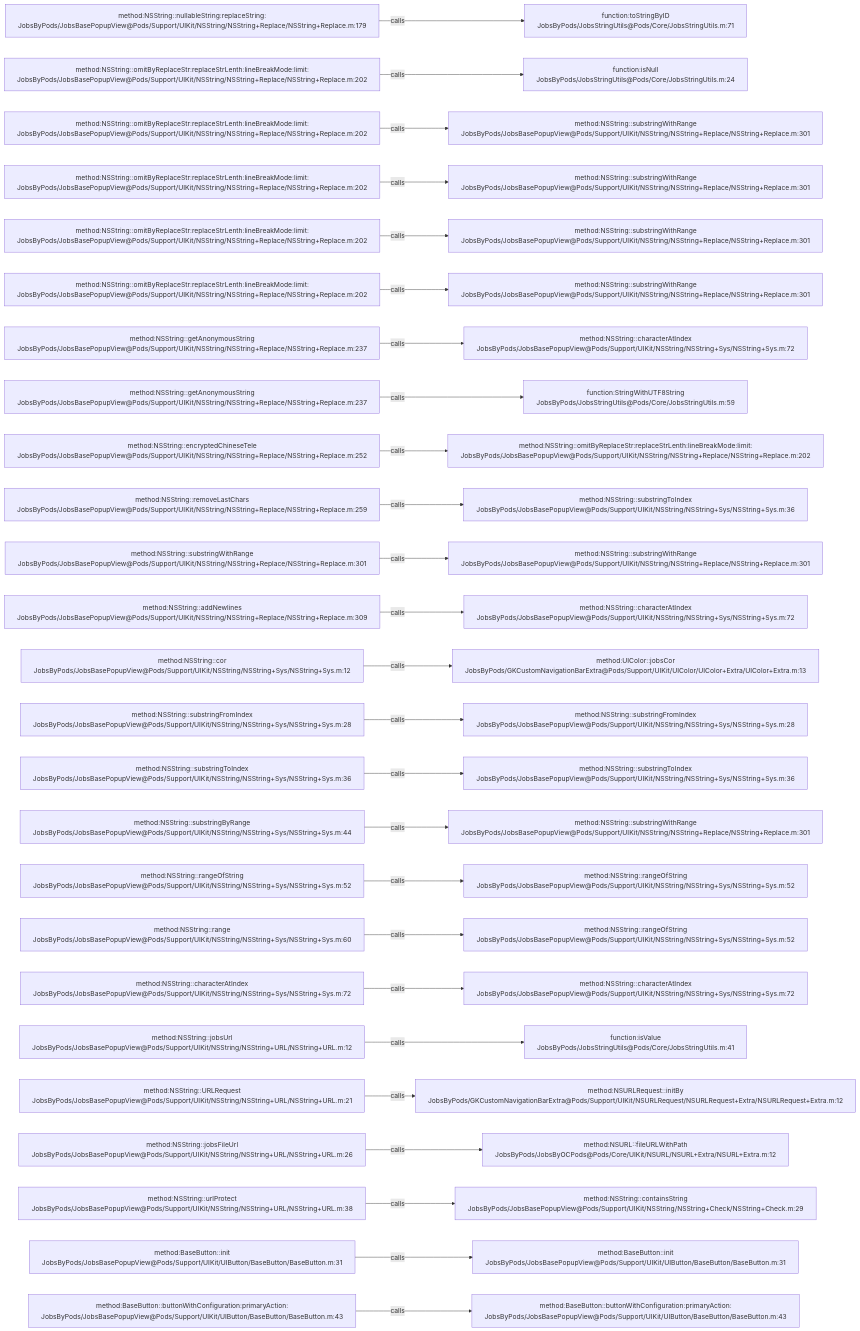
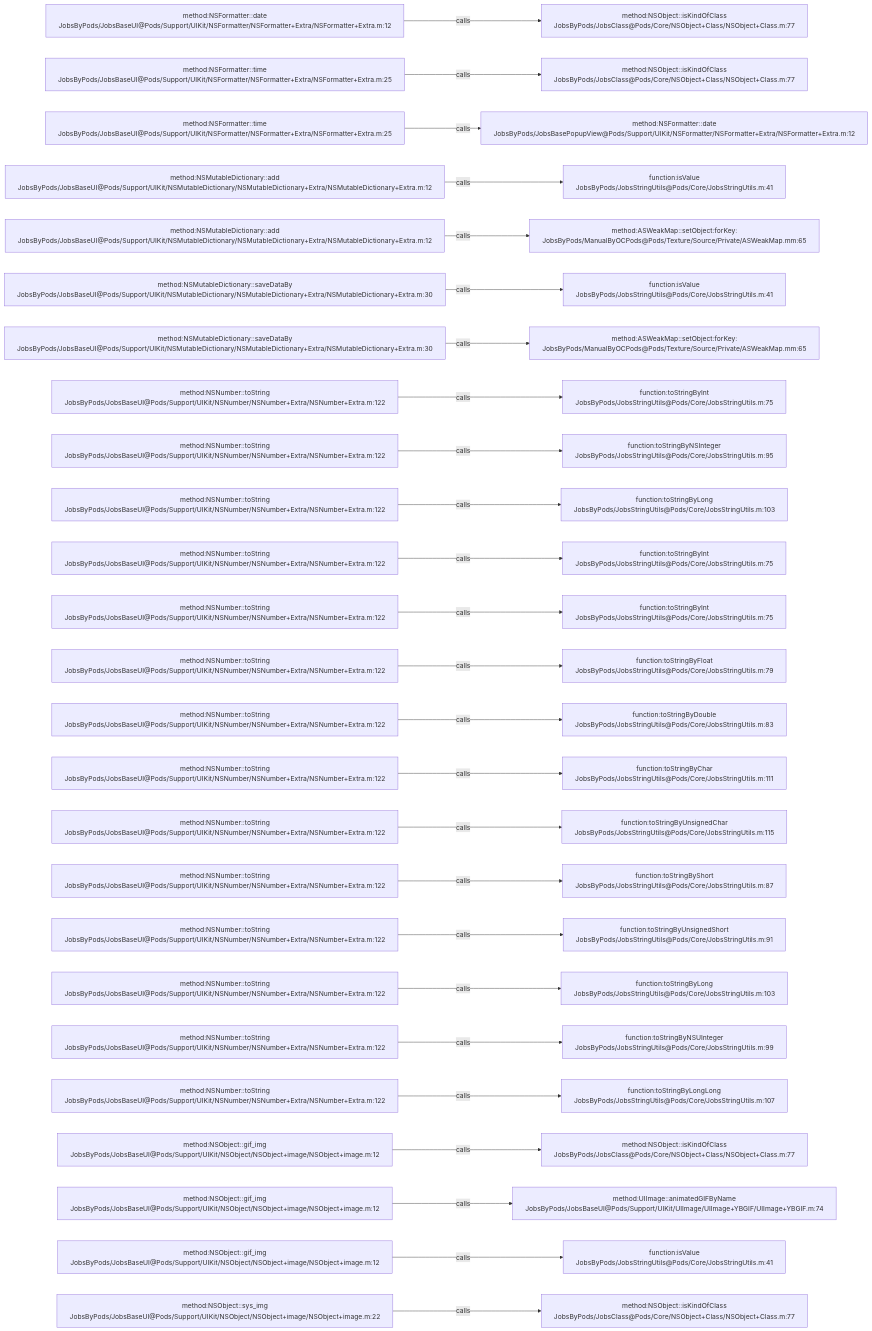
The diagram in .codegraph/codegraph.md/graphs/calls-021.md (JobsKits/JobsOCBaseConfigDemo), drawn with Mermaid before and after one commit. The commit also changed 573 other files, not shown here.

````diff
--- a/.codegraph/codegraph.md/graphs/calls-021.md
+++ b/.codegraph/codegraph.md/graphs/calls-021.md
@@ -13,78 +13,78 @@
 ```mermaid
 flowchart LR
-  S1["method:NSString::nullableString:replaceString:<br/>JobsByPods/JobsBasePopupView@Pods/Support/UIKit/NSString/NSString+Replace/NSString+Replace.m:179"]
-  T1["function:toStringByID<br/>JobsByPods/JobsStringUtils@Pods/Core/JobsStringUtils.m:71"]
+  S1["method:NSFormatter::date<br/>JobsByPods/JobsBaseUI@Pods/Support/UIKit/NSFormatter/NSFormatter+Extra/NSFormatter+Extra.m:12"]
+  T1["method:NSObject::isKindOfClass<br/>JobsByPods/JobsClass@Pods/Core/NSObject+Class/NSObject+Class.m:77"]
   S1 -->|calls| T1
-  S2["method:NSString::omitByReplaceStr:replaceStrLenth:lineBreakMode:limit:<br/>JobsByPods/JobsBasePopupView@Pods/Support/UIKit/NSString/NSString+Replace/NSString+Replace.m:202"]
-  T2["function:isNull<br/>JobsByPods/JobsStringUtils@Pods/Core/JobsStringUtils.m:24"]
+  S2["method:NSFormatter::time<br/>JobsByPods/JobsBaseUI@Pods/Support/UIKit/NSFormatter/NSFormatter+Extra/NSFormatter+Extra.m:25"]
+  T2["method:NSObject::isKindOfClass<br/>JobsByPods/JobsClass@Pods/Core/NSObject+Class/NSObject+Class.m:77"]
   S2 -->|calls| T2
-  S3["method:NSString::omitByReplaceStr:replaceStrLenth:lineBreakMode:limit:<br/>JobsByPods/JobsBasePopupView@Pods/Support/UIKit/NSString/NSString+Replace/NSString+Replace.m:202"]
-  T3["method:NSString::substringWithRange<br/>JobsByPods/JobsBasePopupView@Pods/Support/UIKit/NSString/NSString+Replace/NSString+Replace.m:301"]
+  S3["method:NSFormatter::time<br/>JobsByPods/JobsBaseUI@Pods/Support/UIKit/NSFormatter/NSFormatter+Extra/NSFormatter+Extra.m:25"]
+  T3["method:NSFormatter::date<br/>JobsByPods/JobsBasePopupView@Pods/Support/UIKit/NSFormatter/NSFormatter+Extra/NSFormatter+Extra.m:12"]
   S3 -->|calls| T3
-  S4["method:NSString::omitByReplaceStr:replaceStrLenth:lineBreakMode:limit:<br/>JobsByPods/JobsBasePopupView@Pods/Support/UIKit/NSString/NSString+Replace/NSString+Replace.m:202"]
-  T4["method:NSString::substringWithRange<br/>JobsByPods/JobsBasePopupView@Pods/Support/UIKit/NSString/NSString+Replace/NSString+Replace.m:301"]
+  S4["method:NSMutableDictionary::add<br/>JobsByPods/JobsBaseUI@Pods/Support/UIKit/NSMutableDictionary/NSMutableDictionary+Extra/NSMutableDictionary+Extra.m:12"]
+  T4["function:isValue<br/>JobsByPods/JobsStringUtils@Pods/Core/JobsStringUtils.m:41"]
   S4 -->|calls| T4
-  S5["method:NSString::omitByReplaceStr:replaceStrLenth:lineBreakMode:limit:<br/>JobsByPods/JobsBasePopupView@Pods/Support/UIKit/NSString/NSString+Replace/NSString+Replace.m:202"]
-  T5["method:NSString::substringWithRange<br/>JobsByPods/JobsBasePopupView@Pods/Support/UIKit/NSString/NSString+Replace/NSString+Replace.m:301"]
+  S5["method:NSMutableDictionary::add<br/>JobsByPods/JobsBaseUI@Pods/Support/UIKit/NSMutableDictionary/NSMutableDictionary+Extra/NSMutableDictionary+Extra.m:12"]
+  T5["method:ASWeakMap::setObject:forKey:<br/>JobsByPods/ManualByOCPods@Pods/Texture/Source/Private/ASWeakMap.mm:65"]
   S5 -->|calls| T5
-  S6["method:NSString::omitByReplaceStr:replaceStrLenth:lineBreakMode:limit:<br/>JobsByPods/JobsBasePopupView@Pods/Support/UIKit/NSString/NSString+Replace/NSString+Replace.m:202"]
-  T6["method:NSString::substringWithRange<br/>JobsByPods/JobsBasePopupView@Pods/Support/UIKit/NSString/NSString+Replace/NSString+Replace.m:301"]
+  S6["method:NSMutableDictionary::saveDataBy<br/>JobsByPods/JobsBaseUI@Pods/Support/UIKit/NSMutableDictionary/NSMutableDictionary+Extra/NSMutableDictionary+Extra.m:30"]
+  T6["function:isValue<br/>JobsByPods/JobsStringUtils@Pods/Core/JobsStringUtils.m:41"]
   S6 -->|calls| T6
-  S7["method:NSString::getAnonymousString<br/>JobsByPods/JobsBasePopupView@Pods/Support/UIKit/NSString/NSString+Replace/NSString+Replace.m:237"]
-  T7["method:NSString::characterAtIndex<br/>JobsByPods/JobsBasePopupView@Pods/Support/UIKit/NSString/NSString+Sys/NSString+Sys.m:72"]
+  S7["method:NSMutableDictionary::saveDataBy<br/>JobsByPods/JobsBaseUI@Pods/Support/UIKit/NSMutableDictionary/NSMutableDictionary+Extra/NSMutableDictionary+Extra.m:30"]
+  T7["method:ASWeakMap::setObject:forKey:<br/>JobsByPods/ManualByOCPods@Pods/Texture/Source/Private/ASWeakMap.mm:65"]
   S7 -->|calls| T7
-  S8["method:NSString::getAnonymousString<br/>JobsByPods/JobsBasePopupView@Pods/Support/UIKit/NSString/NSString+Replace/NSString+Replace.m:237"]
-  T8["function:StringWithUTF8String<br/>JobsByPods/JobsStringUtils@Pods/Core/JobsStringUtils.m:59"]
+  S8["method:NSNumber::toString<br/>JobsByPods/JobsBaseUI@Pods/Support/UIKit/NSNumber/NSNumber+Extra/NSNumber+Extra.m:122"]
+  T8["function:toStringByInt<br/>JobsByPods/JobsStringUtils@Pods/Core/JobsStringUtils.m:75"]
   S8 -->|calls| T8
-  S9["method:NSString::encryptedChineseTele<br/>JobsByPods/JobsBasePopupView@Pods/Support/UIKit/NSString/NSString+Replace/NSString+Replace.m:252"]
-  T9["method:NSString::omitByReplaceStr:replaceStrLenth:lineBreakMode:limit:<br/>JobsByPods/JobsBasePopupView@Pods/Support/UIKit/NSString/NSString+Replace/NSString+Replace.m:202"]
+  S9["method:NSNumber::toString<br/>JobsByPods/JobsBaseUI@Pods/Support/UIKit/NSNumber/NSNumber+Extra/NSNumber+Extra.m:122"]
+  T9["function:toStringByNSInteger<br/>JobsByPods/JobsStringUtils@Pods/Core/JobsStringUtils.m:95"]
   S9 -->|calls| T9
-  S10["method:NSString::removeLastChars<br/>JobsByPods/JobsBasePopupView@Pods/Support/UIKit/NSString/NSString+Replace/NSString+Replace.m:259"]
-  T10["method:NSString::substringToIndex<br/>JobsByPods/JobsBasePopupView@Pods/Support/UIKit/NSString/NSString+Sys/NSString+Sys.m:36"]
+  S10["method:NSNumber::toString<br/>JobsByPods/JobsBaseUI@Pods/Support/UIKit/NSNumber/NSNumber+Extra/NSNumber+Extra.m:122"]
+  T10["function:toStringByLong<br/>JobsByPods/JobsStringUtils@Pods/Core/JobsStringUtils.m:103"]
   S10 -->|calls| T10
-  S11["method:NSString::substringWithRange<br/>JobsByPods/JobsBasePopupView@Pods/Support/UIKit/NSString/NSString+Replace/NSString+Replace.m:301"]
-  T11["method:NSString::substringWithRange<br/>JobsByPods/JobsBasePopupView@Pods/Support/UIKit/NSString/NSString+Replace/NSString+Replace.m:301"]
+  S11["method:NSNumber::toString<br/>JobsByPods/JobsBaseUI@Pods/Support/UIKit/NSNumber/NSNumber+Extra/NSNumber+Extra.m:122"]
+  T11["function:toStringByInt<br/>JobsByPods/JobsStringUtils@Pods/Core/JobsStringUtils.m:75"]
   S11 -->|calls| T11
-  S12["method:NSString::addNewlines<br/>JobsByPods/JobsBasePopupView@Pods/Support/UIKit/NSString/NSString+Replace/NSString+Replace.m:309"]
-  T12["method:NSString::characterAtIndex<br/>JobsByPods/JobsBasePopupView@Pods/Support/UIKit/NSString/NSString+Sys/NSString+Sys.m:72"]
+  S12["method:NSNumber::toString<br/>JobsByPods/JobsBaseUI@Pods/Support/UIKit/NSNumber/NSNumber+Extra/NSNumber+Extra.m:122"]
+  T12["function:toStringByInt<br/>JobsByPods/JobsStringUtils@Pods/Core/JobsStringUtils.m:75"]
   S12 -->|calls| T12
-  S13["method:NSString::cor<br/>JobsByPods/JobsBasePopupView@Pods/Support/UIKit/NSString/NSString+Sys/NSString+Sys.m:12"]
-  T13["method:UIColor::jobsCor<br/>JobsByPods/GKCustomNavigationBarExtra@Pods/Support/UIKit/UIColor/UIColor+Extra/UIColor+Extra.m:13"]
+  S13["method:NSNumber::toString<br/>JobsByPods/JobsBaseUI@Pods/Support/UIKit/NSNumber/NSNumber+Extra/NSNumber+Extra.m:122"]
+  T13["function:toStringByFloat<br/>JobsByPods/JobsStringUtils@Pods/Core/JobsStringUtils.m:79"]
   S13 -->|calls| T13
-  S14["method:NSString::substringFromIndex<br/>JobsByPods/JobsBasePopupView@Pods/Support/UIKit/NSString/NSString+Sys/NSString+Sys.m:28"]
-  T14["method:NSString::substringFromIndex<br/>JobsByPods/JobsBasePopupView@Pods/Support/UIKit/NSString/NSString+Sys/NSString+Sys.m:28"]
+  S14["method:NSNumber::toString<br/>JobsByPods/JobsBaseUI@Pods/Support/UIKit/NSNumber/NSNumber+Extra/NSNumber+Extra.m:122"]
+  T14["function:toStringByDouble<br/>JobsByPods/JobsStringUtils@Pods/Core/JobsStringUtils.m:83"]
   S14 -->|calls| T14
-  S15["method:NSString::substringToIndex<br/>JobsByPods/JobsBasePopupView@Pods/Support/UIKit/NSString/NSString+Sys/NSString+Sys.m:36"]
-  T15["method:NSString::substringToIndex<br/>JobsByPods/JobsBasePopupView@Pods/Support/UIKit/NSString/NSString+Sys/NSString+Sys.m:36"]
+  S15["method:NSNumber::toString<br/>JobsByPods/JobsBaseUI@Pods/Support/UIKit/NSNumber/NSNumber+Extra/NSNumber+Extra.m:122"]
+  T15["function:toStringByChar<br/>JobsByPods/JobsStringUtils@Pods/Core/JobsStringUtils.m:111"]
   S15 -->|calls| T15
-  S16["method:NSString::substringByRange<br/>JobsByPods/JobsBasePopupView@Pods/Support/UIKit/NSString/NSString+Sys/NSString+Sys.m:44"]
-  T16["method:NSString::substringWithRange<br/>JobsByPods/JobsBasePopupView@Pods/Support/UIKit/NSString/NSString+Replace/NSString+Replace.m:301"]
+  S16["method:NSNumber::toString<br/>JobsByPods/JobsBaseUI@Pods/Support/UIKit/NSNumber/NSNumber+Extra/NSNumber+Extra.m:122"]
+  T16["function:toStringByUnsignedChar<br/>JobsByPods/JobsStringUtils@Pods/Core/JobsStringUtils.m:115"]
   S16 -->|calls| T16
-  S17["method:NSString::rangeOfString<br/>JobsByPods/JobsBasePopupView@Pods/Support/UIKit/NSString/NSString+Sys/NSString+Sys.m:52"]
-  T17["method:NSString::rangeOfString<br/>JobsByPods/JobsBasePopupView@Pods/Support/UIKit/NSString/NSString+Sys/NSString+Sys.m:52"]
+  S17["method:NSNumber::toString<br/>JobsByPods/JobsBaseUI@Pods/Support/UIKit/NSNumber/NSNumber+Extra/NSNumber+Extra.m:122"]
+  T17["function:toStringByShort<br/>JobsByPods/JobsStringUtils@Pods/Core/JobsStringUtils.m:87"]
   S17 -->|calls| T17
-  S18["method:NSString::range<br/>JobsByPods/JobsBasePopupView@Pods/Support/UIKit/NSString/NSString+Sys/NSString+Sys.m:60"]
-  T18["method:NSString::rangeOfString<br/>JobsByPods/JobsBasePopupView@Pods/Support/UIKit/NSString/NSString+Sys/NSString+Sys.m:52"]
+  S18["method:NSNumber::toString<br/>JobsByPods/JobsBaseUI@Pods/Support/UIKit/NSNumber/NSNumber+Extra/NSNumber+Extra.m:122"]
+  T18["function:toStringByUnsignedShort<br/>JobsByPods/JobsStringUtils@Pods/Core/JobsStringUtils.m:91"]
   S18 -->|calls| T18
-  S19["method:NSString::characterAtIndex<br/>JobsByPods/JobsBasePopupView@Pods/Support/UIKit/NSString/NSString+Sys/NSString+Sys.m:72"]
-  T19["method:NSString::characterAtIndex<br/>JobsByPods/JobsBasePopupView@Pods/Support/UIKit/NSString/NSString+Sys/NSString+Sys.m:72"]
+  S19["method:NSNumber::toString<br/>JobsByPods/JobsBaseUI@Pods/Support/UIKit/NSNumber/NSNumber+Extra/NSNumber+Extra.m:122"]
+  T19["function:toStringByLong<br/>JobsByPods/JobsStringUtils@Pods/Core/JobsStringUtils.m:103"]
   S19 -->|calls| T19
-  S20["method:NSString::jobsUrl<br/>JobsByPods/JobsBasePopupView@Pods/Support/UIKit/NSString/NSString+URL/NSString+URL.m:12"]
-  T20["function:isValue<br/>JobsByPods/JobsStringUtils@Pods/Core/JobsStringUtils.m:41"]
+  S20["method:NSNumber::toString<br/>JobsByPods/JobsBaseUI@Pods/Support/UIKit/NSNumber/NSNumber+Extra/NSNumber+Extra.m:122"]
+  T20["function:toStringByNSUInteger<br/>JobsByPods/JobsStringUtils@Pods/Core/JobsStringUtils.m:99"]
   S20 -->|calls| T20
-  S21["method:NSString::URLRequest<br/>JobsByPods/JobsBasePopupView@Pods/Support/UIKit/NSString/NSString+URL/NSString+URL.m:21"]
-  T21["method:NSURLRequest::initBy<br/>JobsByPods/GKCustomNavigationBarExtra@Pods/Support/UIKit/NSURLRequest/NSURLRequest+Extra/NSURLRequest+Extra.m:12"]
+  S21["method:NSNumber::toString<br/>JobsByPods/JobsBaseUI@Pods/Support/UIKit/NSNumber/NSNumber+Extra/NSNumber+Extra.m:122"]
+  T21["function:toStringByLongLong<br/>JobsByPods/JobsStringUtils@Pods/Core/JobsStringUtils.m:107"]
   S21 -->|calls| T21
-  S22["method:NSString::jobsFileUrl<br/>JobsByPods/JobsBasePopupView@Pods/Support/UIKit/NSString/NSString+URL/NSString+URL.m:26"]
-  T22["method:NSURL::fileURLWithPath<br/>JobsByPods/JobsByOCPods@Pods/Core/UIKit/NSURL/NSURL+Extra/NSURL+Extra.m:12"]
+  S22["method:NSObject::gif_img<br/>JobsByPods/JobsBaseUI@Pods/Support/UIKit/NSObject/NSObject+image/NSObject+image.m:12"]
+  T22["method:NSObject::isKindOfClass<br/>JobsByPods/JobsClass@Pods/Core/NSObject+Class/NSObject+Class.m:77"]
   S22 -->|calls| T22
-  S23["method:NSString::urlProtect<br/>JobsByPods/JobsBasePopupView@Pods/Support/UIKit/NSString/NSString+URL/NSString+URL.m:38"]
-  T23["method:NSString::containsString<br/>JobsByPods/JobsBasePopupView@Pods/Support/UIKit/NSString/NSString+Check/NSString+Check.m:29"]
+  S23["method:NSObject::gif_img<br/>JobsByPods/JobsBaseUI@Pods/Support/UIKit/NSObject/NSObject+image/NSObject+image.m:12"]
+  T23["method:UIImage::animatedGIFByName<br/>JobsByPods/JobsBaseUI@Pods/Support/UIKit/UIImage/UIImage+YBGIF/UIImage+YBGIF.m:74"]
   S23 -->|calls| T23
-  S24["method:BaseButton::init<br/>JobsByPods/JobsBasePopupView@Pods/Support/UIKit/UIButton/BaseButton/BaseButton.m:31"]
-  T24["method:BaseButton::init<br/>JobsByPods/JobsBasePopupView@Pods/Support/UIKit/UIButton/BaseButton/BaseButton.m:31"]
+  S24["method:NSObject::gif_img<br/>JobsByPods/JobsBaseUI@Pods/Support/UIKit/NSObject/NSObject+image/NSObject+image.m:12"]
+  T24["function:isValue<br/>JobsByPods/JobsStringUtils@Pods/Core/JobsStringUtils.m:41"]
   S24 -->|calls| T24
-  S25["method:BaseButton::buttonWithConfiguration:primaryAction:<br/>JobsByPods/JobsBasePopupView@Pods/Support/UIKit/UIButton/BaseButton/BaseButton.m:43"]
-  T25["method:BaseButton::buttonWithConfiguration:primaryAction:<br/>JobsByPods/JobsBasePopupView@Pods/Support/UIKit/UIButton/BaseButton/BaseButton.m:43"]
+  S25["method:NSObject::sys_img<br/>JobsByPods/JobsBaseUI@Pods/Support/UIKit/NSObject/NSObject+image/NSObject+image.m:22"]
+  T25["method:NSObject::isKindOfClass<br/>JobsByPods/JobsClass@Pods/Core/NSObject+Class/NSObject+Class.m:77"]
   S25 -->|calls| T25
 ```
````
